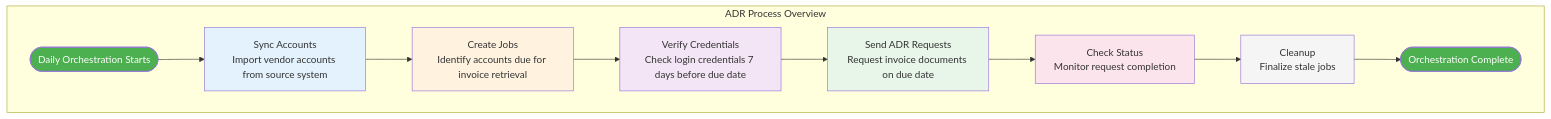
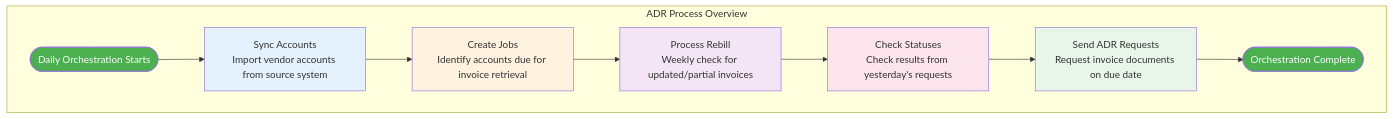
Before and after one commit to lcassin/Scheduler_Platform: the diagram in Documents/Business/diagrams/adr-business-workflow.mmd, drawn with Mermaid. The commit also changed 4 other files, not shown here.

First line of the commit message:
docs: Update ADR diagrams to reflect rebill processing flow

```diff
--- a/Documents/Business/diagrams/adr-business-workflow.mmd
+++ b/Documents/Business/diagrams/adr-business-workflow.mmd
@@ -1,25 +1,22 @@
 flowchart TB
     subgraph "ADR Process Overview"
         Start([Daily Orchestration Starts]) --> Sync
         
         Sync[Sync Accounts<br/>Import vendor accounts from source system] --> CreateJobs
         
-        CreateJobs[Create Jobs<br/>Identify accounts due for invoice retrieval] --> CredCheck
+        CreateJobs[Create Jobs<br/>Identify accounts due for invoice retrieval] --> Rebill
         
-        CredCheck[Verify Credentials<br/>Check login credentials 7 days before due date] --> SendRequests
+        Rebill[Process Rebill<br/>Weekly check for updated/partial invoices] --> CheckStatus
         
-        SendRequests[Send ADR Requests<br/>Request invoice documents on due date] --> CheckStatus
+        CheckStatus[Check Statuses<br/>Check results from yesterday's requests] --> SendRequests
         
-        CheckStatus[Check Status<br/>Monitor request completion] --> Cleanup
-        
-        Cleanup[Cleanup<br/>Finalize stale jobs] --> End([Orchestration Complete])
+        SendRequests[Send ADR Requests<br/>Request invoice documents on due date] --> End([Orchestration Complete])
     end
     
     style Start fill:#4CAF50,color:white
     style End fill:#4CAF50,color:white
     style Sync fill:#e3f2fd
     style CreateJobs fill:#fff3e0
-    style CredCheck fill:#f3e5f5
+    style Rebill fill:#f3e5f5
+    style CheckStatus fill:#fce4ec
     style SendRequests fill:#e8f5e9
-    style CheckStatus fill:#fce4ec
-    style Cleanup fill:#f5f5f5
```
